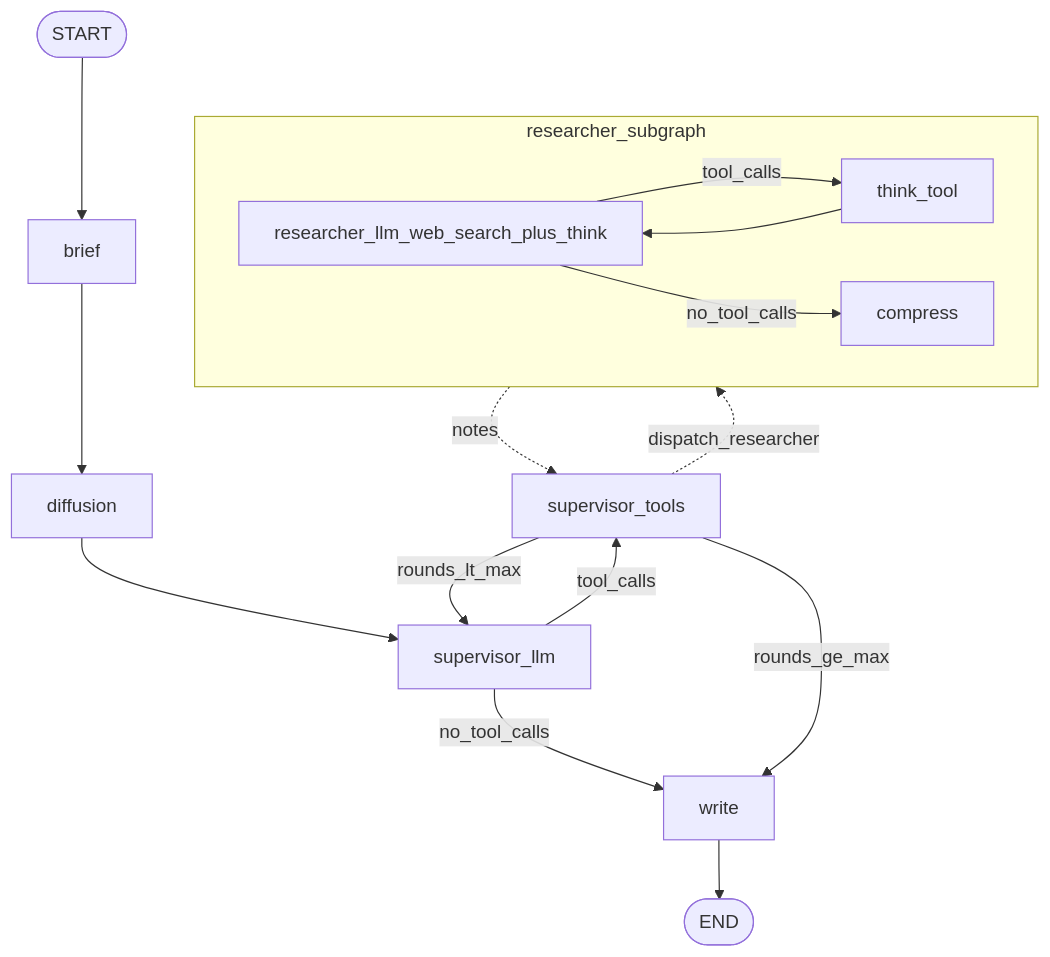
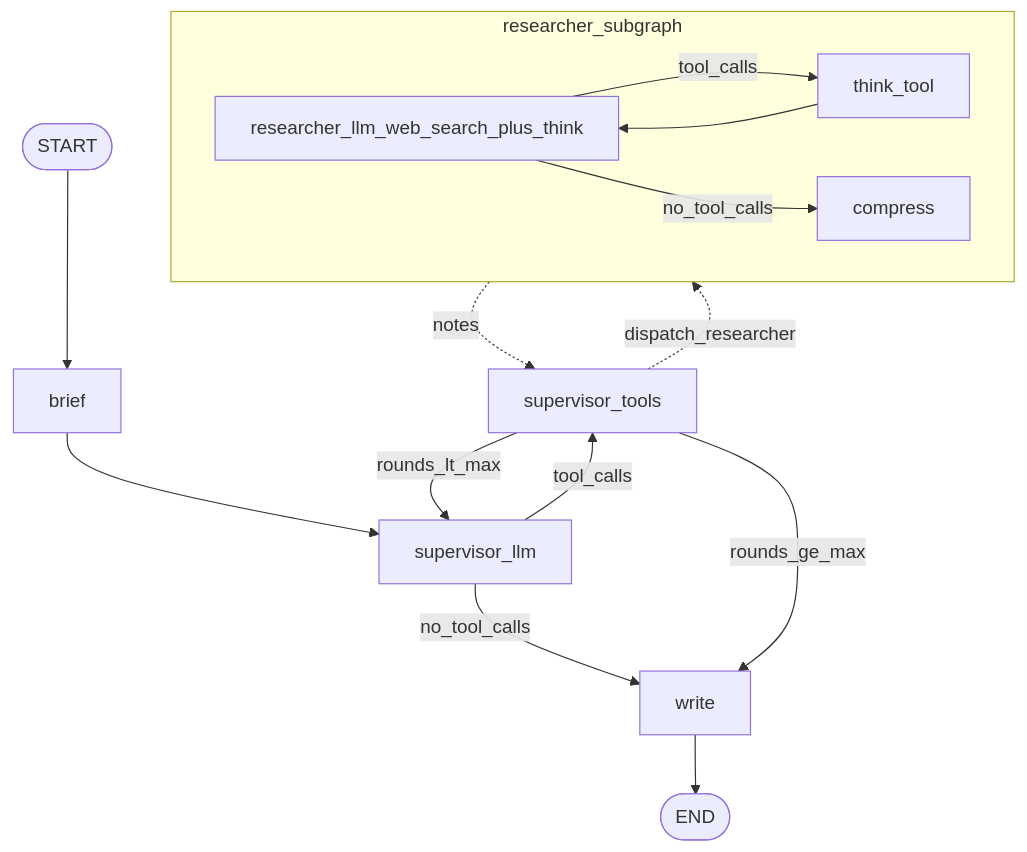
Before and after one commit to KirillKrasikov/deep-research-anatomy: the diagram in README.md, drawn with Mermaid. The commit also changed other lines of this file and 9 other files, not shown here.

````diff
--- a/README.md
+++ b/README.md
@@ -28,24 +28,23 @@
 ```mermaid
 flowchart TD
     Start([START])
     Start --> Brief[brief]
-    Brief --> Diffusion[diffusion]
-    Diffusion --> SupLLM[supervisor_llm]
+    Brief --> SupLLM[supervisor_llm]
     SupLLM -->|tool_calls| Tools[supervisor_tools]
     SupLLM -->|no_tool_calls| Write[write]
     Tools -->|rounds_lt_max| SupLLM
     Tools -->|rounds_ge_max| Write
     Write --> End([END])
 
     subgraph Researcher [researcher_subgraph]
         RLLM[researcher_llm_web_search_plus_think]
         RTools[think_tool]
         Compress[compress]
         RLLM -->|tool_calls| RTools
         RTools --> RLLM
         RLLM -->|no_tool_calls| Compress
     end
 
     Tools -.dispatch_researcher.-> Researcher
     Researcher -.notes.-> Tools
 ```
````
